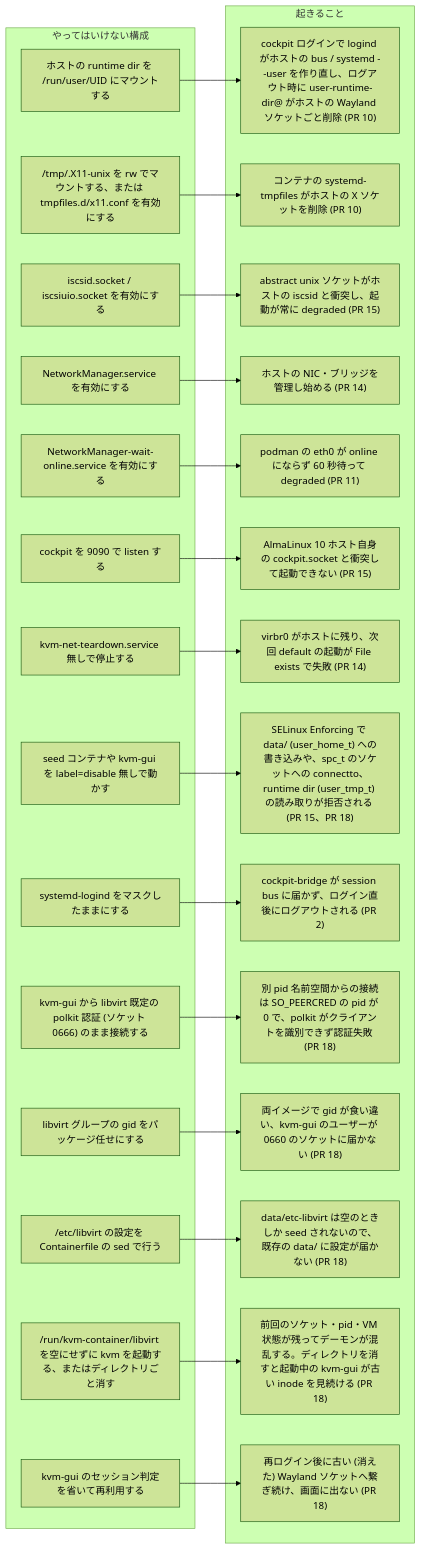
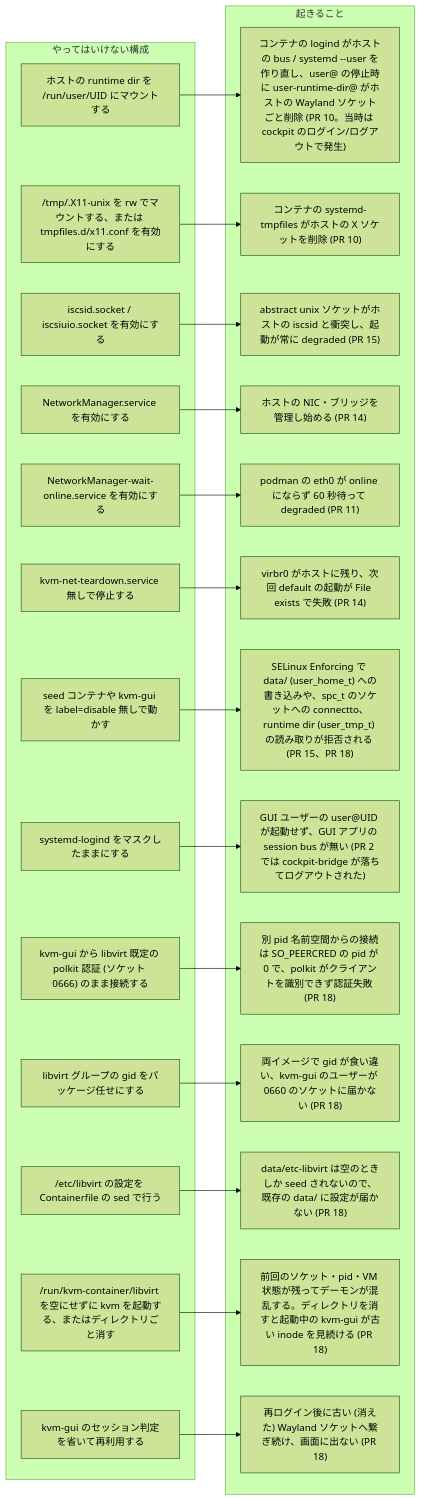
One commit to ryo-aoki-pc/kvm-container changed diagram 21 of 22 in docs/SPEC.md. Above: the diagram before and after it, drawn with Mermaid (forest theme). The commit also changed other lines of this file and 11 other files, not shown here.

````diff
--- a/docs/SPEC.md
+++ b/docs/SPEC.md
@@ -975,49 +929,46 @@
 ```mermaid
 flowchart LR
   subgraph bad ["やってはいけない構成"]
     b1["ホストの runtime dir を /run/user/UID にマウントする"]
     b2["/tmp/.X11-unix を rw でマウントする、または tmpfiles.d/x11.conf を有効にする"]
     b3["iscsid.socket / iscsiuio.socket を有効にする"]
     b4["NetworkManager.service を有効にする"]
     b5["NetworkManager-wait-online.service を有効にする"]
-    b6["cockpit を 9090 で listen する"]
     b7["kvm-net-teardown.service 無しで停止する"]
     b8["seed コンテナや kvm-gui を label=disable 無しで動かす"]
     b9["systemd-logind をマスクしたままにする"]
     b10["kvm-gui から libvirt 既定の polkit 認証 (ソケット 0666) のまま接続する"]
     b11["libvirt グループの gid をパッケージ任せにする"]
     b12["/etc/libvirt の設定を Containerfile の sed で行う"]
     b13["/run/kvm-container/libvirt を空にせずに kvm を起動する、またはディレクトリごと消す"]
     b14["kvm-gui のセッション判定を省いて再利用する"]
   end
   subgraph result ["起きること"]
-    r1["cockpit ログインで logind がホストの bus / systemd --user を作り直し、ログアウト時に user-runtime-dir@ がホストの Wayland ソケットごと削除 (PR 10)"]
+    r1["コンテナの logind がホストの bus / systemd --user を作り直し、user@ の停止時に user-runtime-dir@ がホストの Wayland ソケットごと削除 (PR 10。当時は cockpit のログイン/ログアウトで発生)"]
     r2["コンテナの systemd-tmpfiles がホストの X ソケットを削除 (PR 10)"]
     r3["abstract unix ソケットがホストの iscsid と衝突し、起動が常に degraded (PR 15)"]
     r4["ホストの NIC・ブリッジを管理し始める (PR 14)"]
     r5["podman の eth0 が online にならず 60 秒待って degraded (PR 11)"]
-    r6["AlmaLinux 10 ホスト自身の cockpit.socket と衝突して起動できない (PR 15)"]
     r7["virbr0 がホストに残り、次回 default の起動が File exists で失敗 (PR 14)"]
     r8["SELinux Enforcing で data/ (user_home_t) への書き込みや、spc_t のソケットへの connectto、runtime dir (user_tmp_t) の読み取りが拒否される (PR 15、PR 18)"]
-    r9["cockpit-bridge が session bus に届かず、ログイン直後にログアウトされる (PR 2)"]
+    r9["GUI ユーザーの user@UID が起動せず、GUI アプリの session bus が無い (PR 2 では cockpit-bridge が落ちてログアウトされた)"]
     r10["別 pid 名前空間からの接続は SO_PEERCRED の pid が 0 で、polkit がクライアントを識別できず認証失敗 (PR 18)"]
     r11["両イメージで gid が食い違い、kvm-gui のユーザーが 0660 のソケットに届かない (PR 18)"]
     r12["data/etc-libvirt は空のときしか seed されないので、既存の data/ に設定が届かない (PR 18)"]
     r13["前回のソケット・pid・VM 状態が残ってデーモンが混乱する。ディレクトリを消すと起動中の kvm-gui が古い inode を見続ける (PR 18)"]
     r14["再ログイン後に古い (消えた) Wayland ソケットへ繋ぎ続け、画面に出ない (PR 18)"]
   end
   b1 --> r1
   b2 --> r2
   b3 --> r3
   b4 --> r4
   b5 --> r5
-  b6 --> r6
   b7 --> r7
   b8 --> r8
   b9 --> r9
   b10 --> r10
   b11 --> r11
   b12 --> r12
   b13 --> r13
   b14 --> r14
 ```
````
